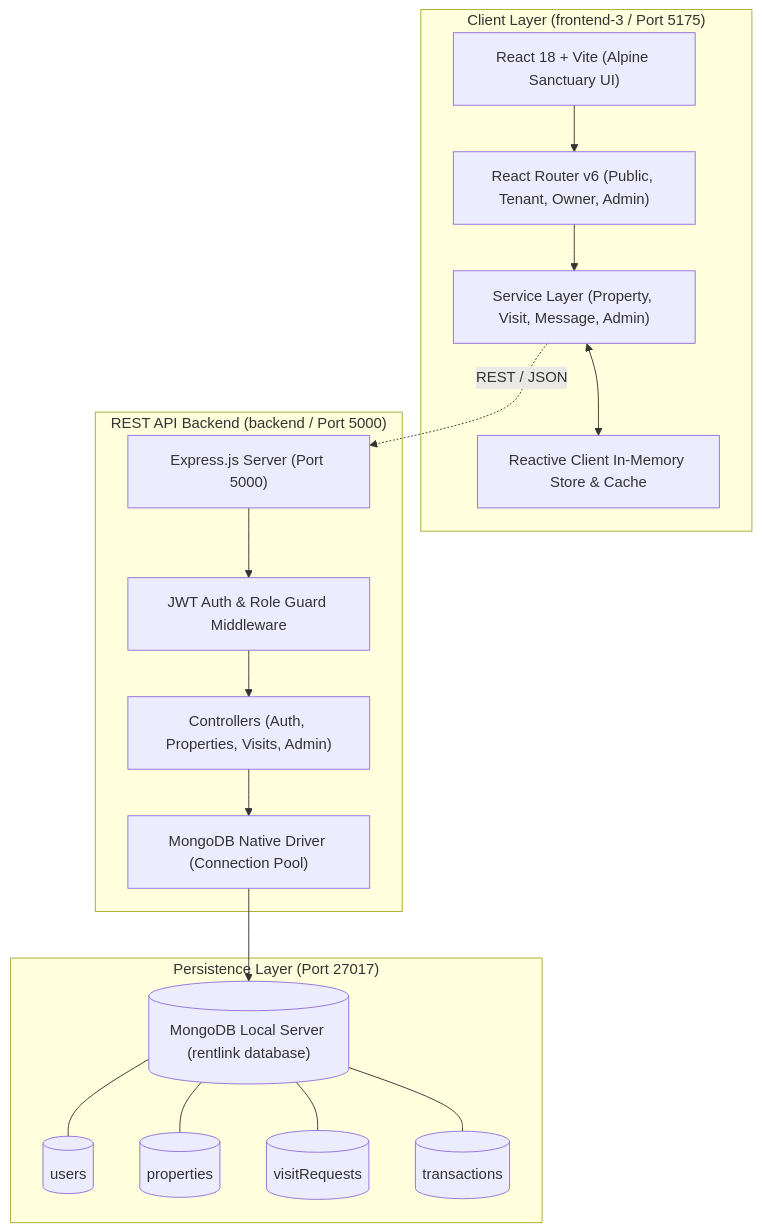
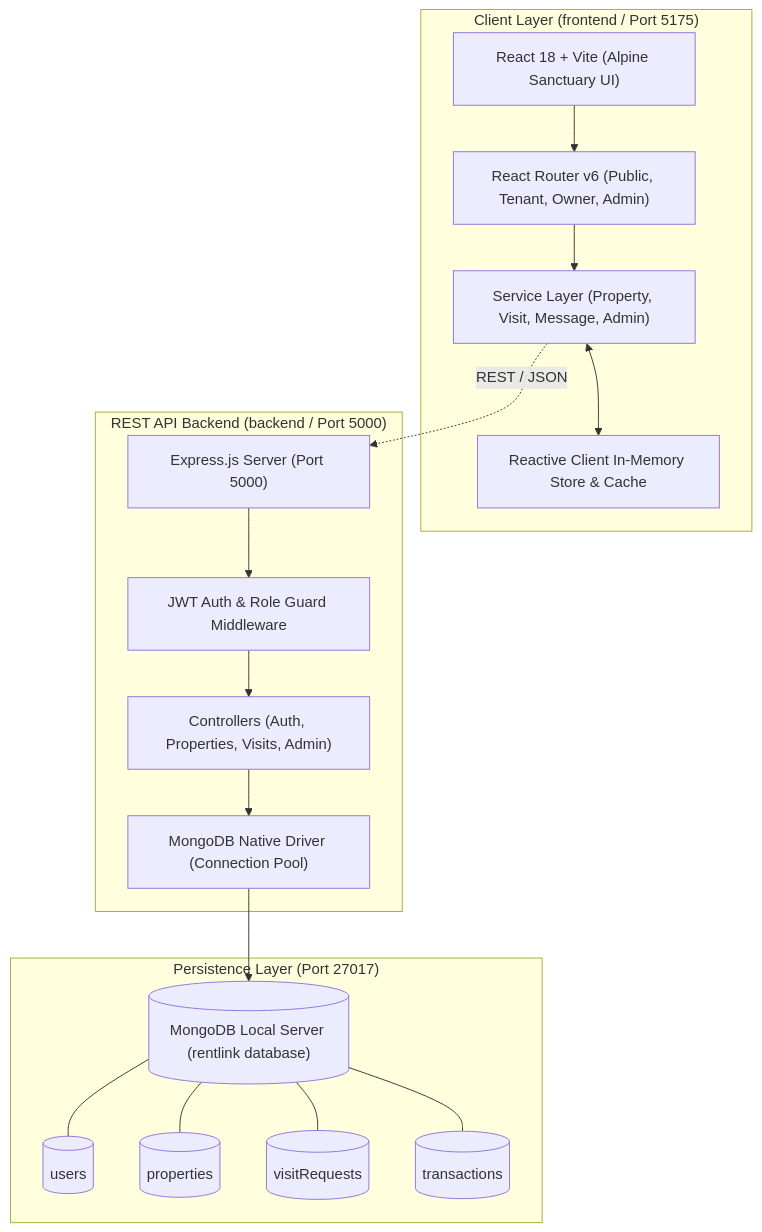
Before and after one commit to sayamuddinshams/FYP-10: the diagram in README.md, drawn with Mermaid. The commit also changed other lines of this file and 146 other files, not shown here.

````diff
--- a/README.md
+++ b/README.md
@@ -31,32 +31,32 @@
 ```mermaid
 flowchart TB
-    subgraph Client ["Client Layer (frontend-3 / Port 5175)"]
+    subgraph Client ["Client Layer (frontend / Port 5175)"]
         UI["React 18 + Vite (Alpine Sanctuary UI)"]
         Router["React Router v6 (Public, Tenant, Owner, Admin)"]
         ServiceLayer["Service Layer (Property, Visit, Message, Admin)"]
         ReactiveStore["Reactive Client In-Memory Store & Cache"]
     end
 
     subgraph API ["REST API Backend (backend / Port 5000)"]
         ExpressApp["Express.js Server (Port 5000)"]
         AuthMid["JWT Auth & Role Guard Middleware"]
         Controllers["Controllers (Auth, Properties, Visits, Admin)"]
         MongoDriver["MongoDB Native Driver (Connection Pool)"]
     end
 
     subgraph Storage ["Persistence Layer (Port 27017)"]
         MongoDB[("MongoDB Local Server (rentlink database)")]
         UsersCol[("users")]
         PropsCol[("properties")]
         VisitsCol[("visitRequests")]
         TxCol[("transactions")]
     end
 
     UI --> Router
     Router --> ServiceLayer
     ServiceLayer <--> ReactiveStore
     ServiceLayer -.->|REST / JSON| ExpressApp
     ExpressApp --> AuthMid --> Controllers --> MongoDriver
     MongoDriver --> MongoDB
     MongoDB --- UsersCol & PropsCol & VisitsCol & TxCol
 ```
````
